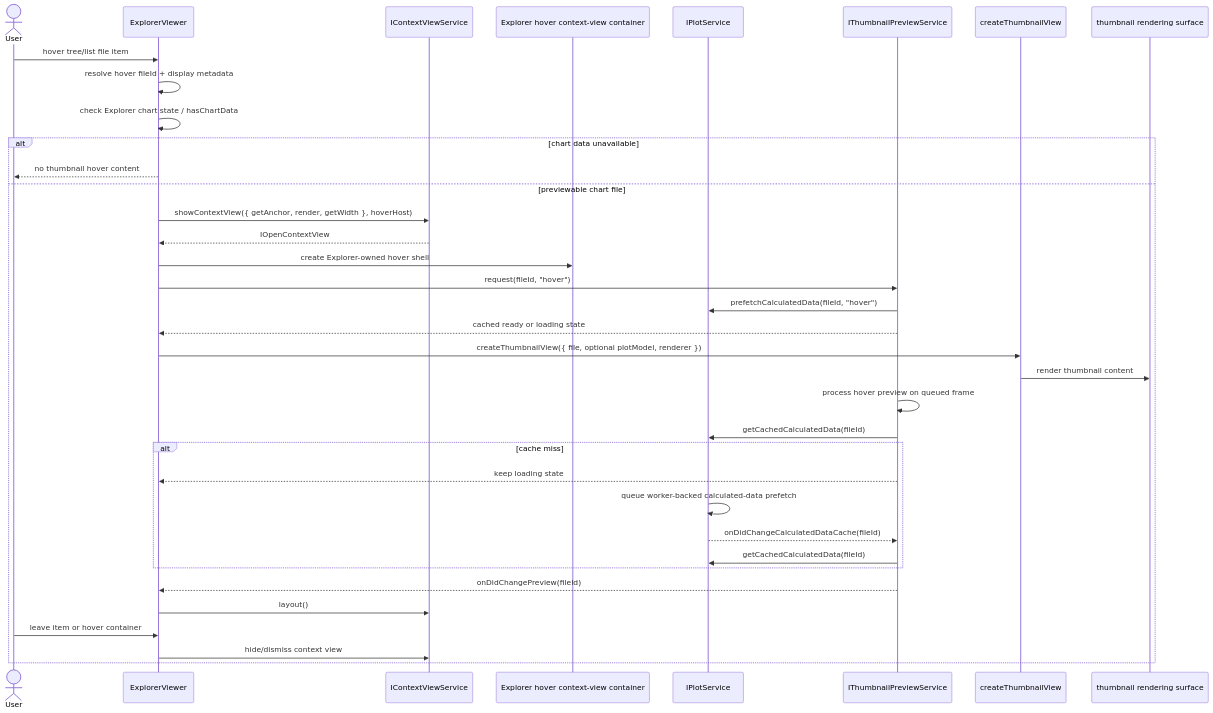
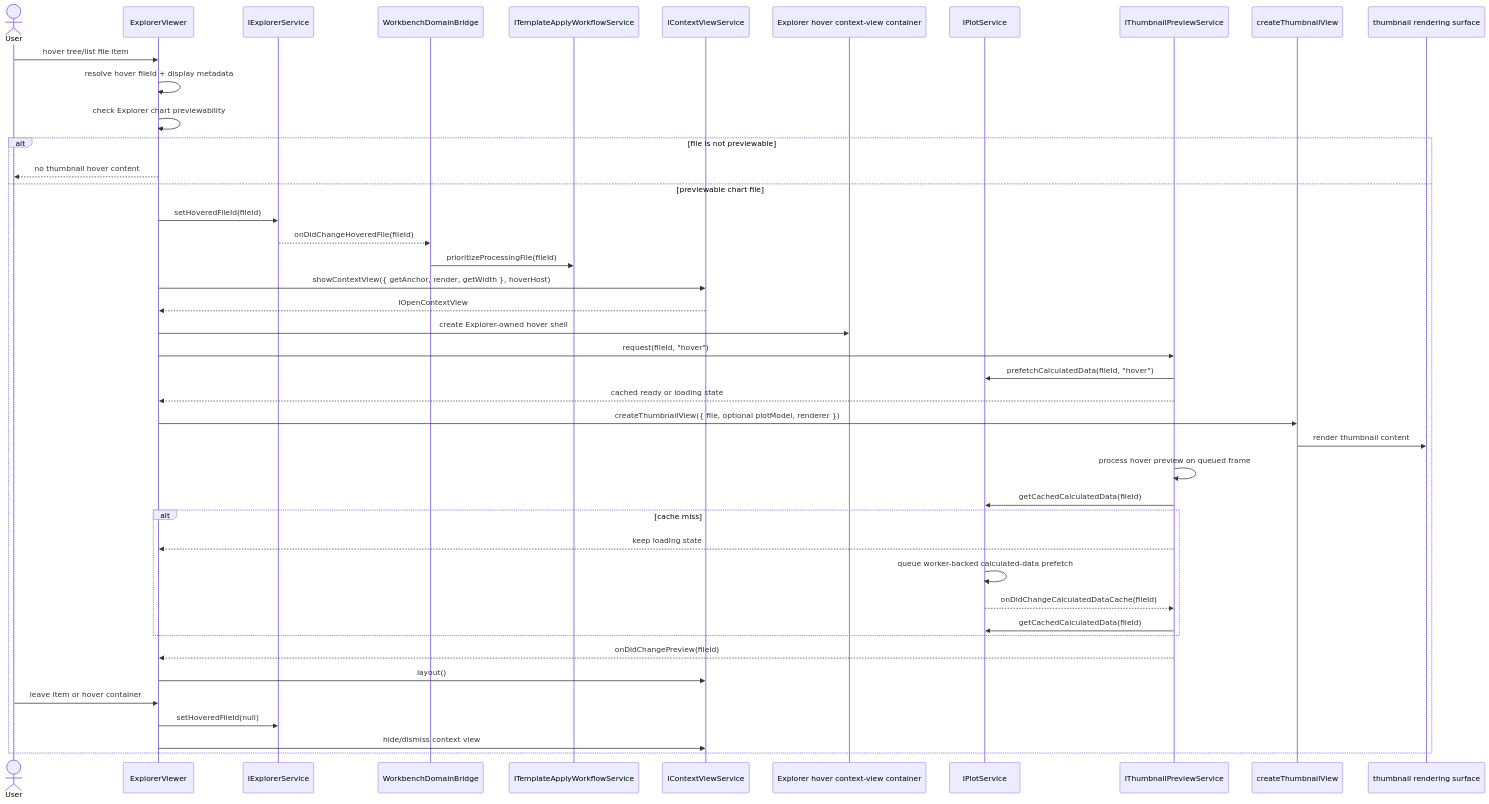
Before and after one commit to chogng/conductor: the sixth of 6 diagrams in .github/instructions/thumbnail.instructions.md, drawn with Mermaid. The commit also changed other lines of this file and 42 other files, not shown here.

````diff
--- a/.github/instructions/thumbnail.instructions.md
+++ b/.github/instructions/thumbnail.instructions.md
@@ -211,39 +211,46 @@
 ```mermaid
 sequenceDiagram
     actor User
     participant ExplorerViewer
+    participant ExplorerService as IExplorerService
+    participant DomainBridge as WorkbenchDomainBridge
+    participant TemplateWorkflow as ITemplateApplyWorkflowService
     participant ContextViewService as IContextViewService
     participant HoverContainer as Explorer hover context-view container
     participant Plot as IPlotService
     participant ThumbnailPreviewService as IThumbnailPreviewService
     participant ThumbnailView as createThumbnailView
     participant ThumbnailRenderer as thumbnail rendering surface
 
     User->>ExplorerViewer: hover tree/list file item
     ExplorerViewer->>ExplorerViewer: resolve hover fileId + display metadata
-    ExplorerViewer->>ExplorerViewer: check Explorer chart state / hasChartData
-    alt chart data unavailable
+    ExplorerViewer->>ExplorerViewer: check Explorer chart previewability
+    alt file is not previewable
         ExplorerViewer-->>User: no thumbnail hover content
     else previewable chart file
+    ExplorerViewer->>ExplorerService: setHoveredFileId(fileId)
+    ExplorerService-->>DomainBridge: onDidChangeHoveredFile(fileId)
+    DomainBridge->>TemplateWorkflow: prioritizeProcessingFile(fileId)
     ExplorerViewer->>ContextViewService: showContextView({ getAnchor, render, getWidth }, hoverHost)
     ContextViewService-->>ExplorerViewer: IOpenContextView
     ExplorerViewer->>HoverContainer: create Explorer-owned hover shell
     ExplorerViewer->>ThumbnailPreviewService: request(fileId, "hover")
     ThumbnailPreviewService->>Plot: prefetchCalculatedData(fileId, "hover")
     ThumbnailPreviewService-->>ExplorerViewer: cached ready or loading state
     ExplorerViewer->>ThumbnailView: createThumbnailView({ file, optional plotModel, renderer })
     ThumbnailView->>ThumbnailRenderer: render thumbnail content
     ThumbnailPreviewService->>ThumbnailPreviewService: process hover preview on queued frame
     ThumbnailPreviewService->>Plot: getCachedCalculatedData(fileId)
     alt cache miss
         ThumbnailPreviewService-->>ExplorerViewer: keep loading state
         Plot->>Plot: queue worker-backed calculated-data prefetch
         Plot-->>ThumbnailPreviewService: onDidChangeCalculatedDataCache(fileId)
         ThumbnailPreviewService->>Plot: getCachedCalculatedData(fileId)
     end
     ThumbnailPreviewService-->>ExplorerViewer: onDidChangePreview(fileId)
     ExplorerViewer->>ContextViewService: layout()
     User->>ExplorerViewer: leave item or hover container
+    ExplorerViewer->>ExplorerService: setHoveredFileId(null)
     ExplorerViewer->>ContextViewService: hide/dismiss context view
     end
 ```
````
